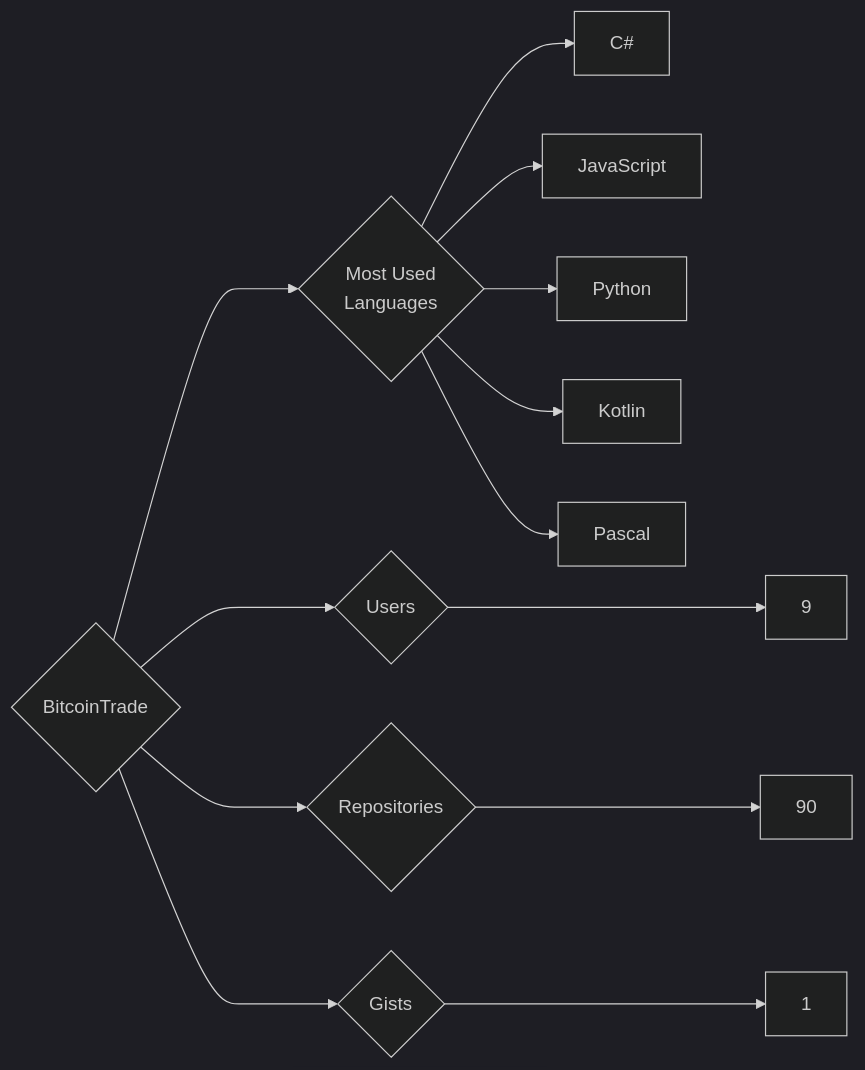
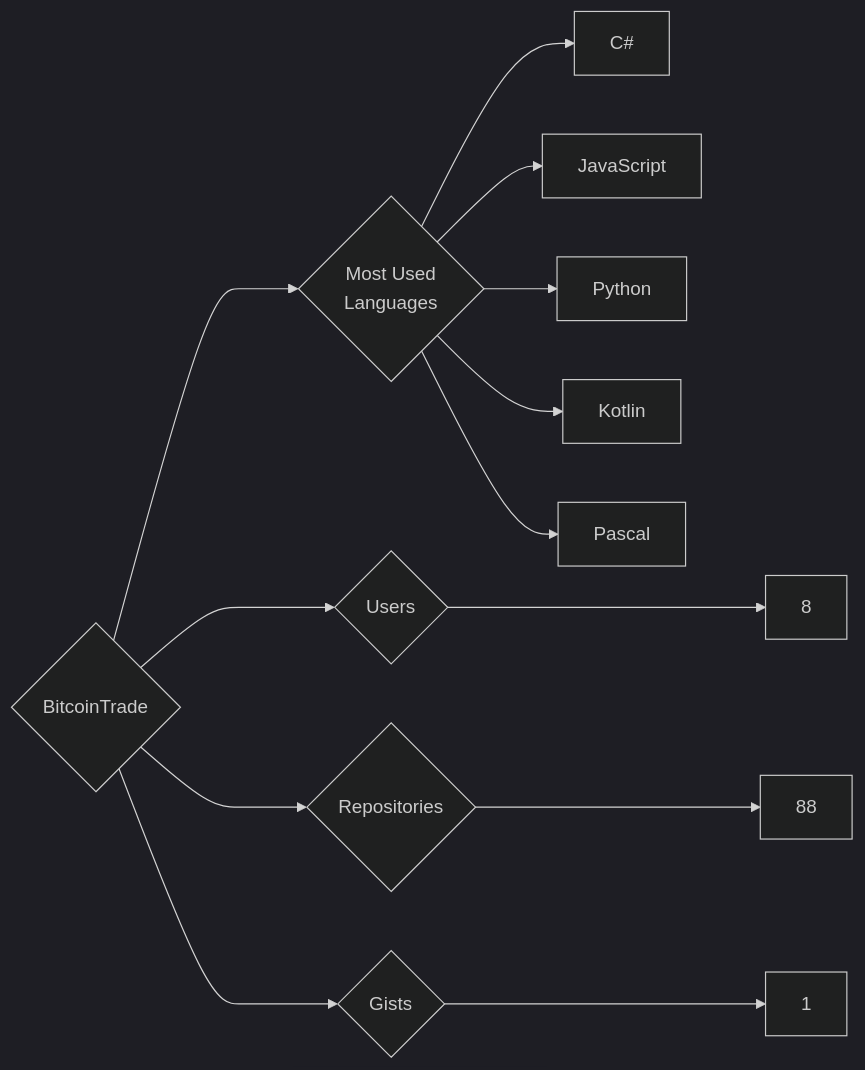
Before and after one commit to trickest/insiders: the diagram in targets/BitcoinTrade/README.md, drawn with Mermaid (dark theme). The commit also changed 1149 other files, not shown here.

````diff
--- a/targets/BitcoinTrade/README.md
+++ b/targets/BitcoinTrade/README.md
@@ -3,13 +3,13 @@
 ```mermaid
 graph LR
 COMPANY_NAME{BitcoinTrade}
-COMPANY_NAME ---> U{Users} ---> UN[9]
-COMPANY_NAME ---> R{Repositories} ---> RN[90]
+COMPANY_NAME ---> U{Users} ---> UN[8]
+COMPANY_NAME ---> R{Repositories} ---> RN[88]
 COMPANY_NAME ---> G{Gists} ---> GN[1]
 COMPANY_NAME ---> ML{Most Used<br>Languages}
 ML --> C#[C#]
 ML --> JavaScript[JavaScript]
 ML --> Python[Python]
 ML --> Kotlin[Kotlin]
 ML --> Pascal[Pascal]
 ```
````
